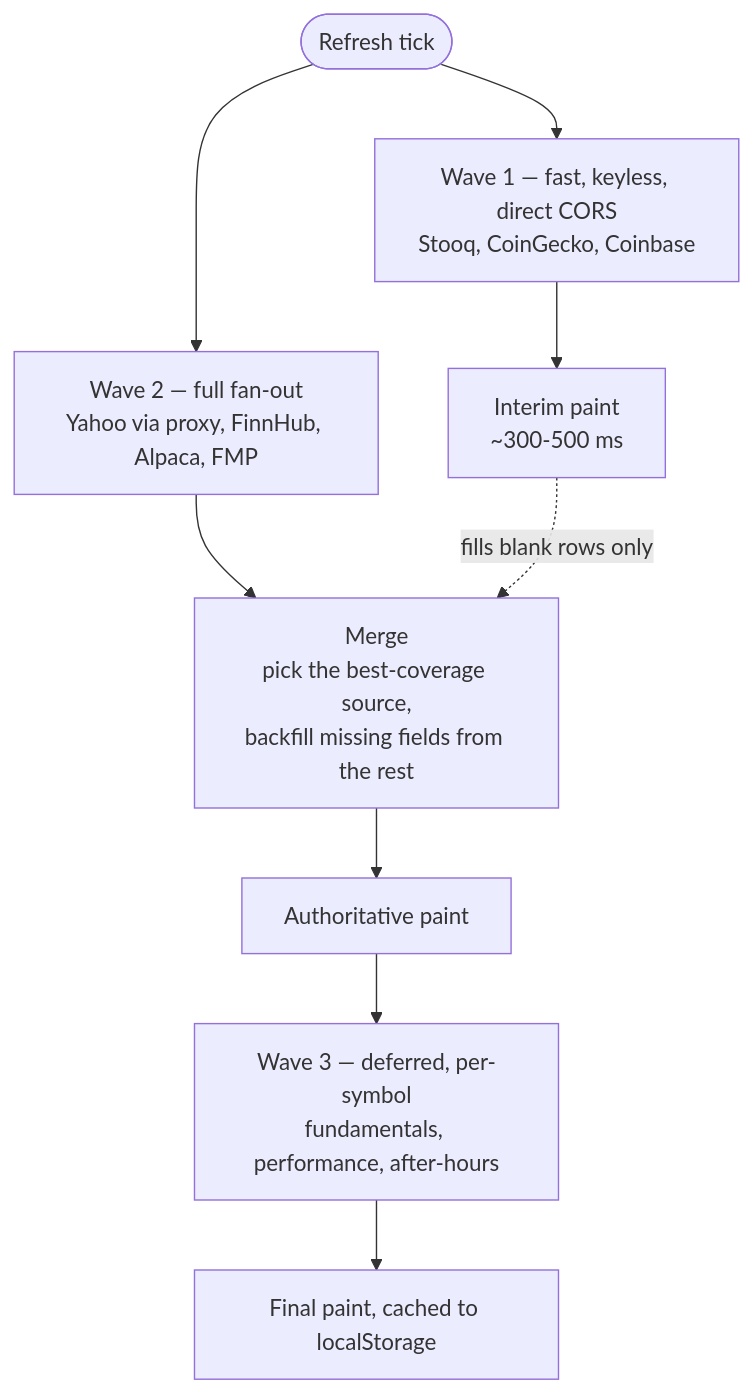
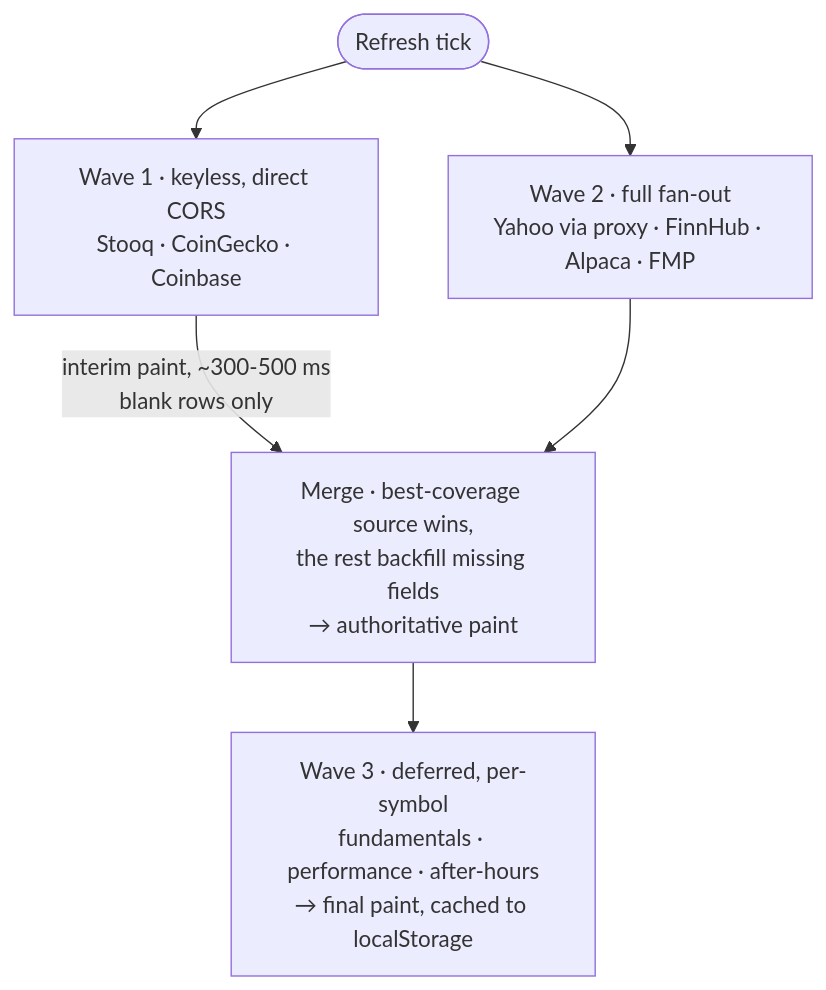
Before and after one commit to gdy/PortfolioTracker: the diagram in README.md, drawn with Mermaid.

Commit message:
Tighten refresh-pipeline diagram
The flowchart rendered 582x1039 on GitHub — over a full viewport of vertical
space before the Features section, from six stacked ranks of three-line nodes.
Collapsed the interim-paint and authoritative-paint beats onto an edge label
and the merge node, taking it to four ranks without dropping any of the flow.

````diff
--- a/README.md
+++ b/README.md
@@ -77,11 +77,8 @@
 ```mermaid
 flowchart TD
-    T([Refresh tick]) --> W1["Wave 1 — fast, keyless, direct CORS<br/>Stooq, CoinGecko, Coinbase"]
-    T --> W2["Wave 2 — full fan-out<br/>Yahoo via proxy, FinnHub, Alpaca, FMP"]
-    W1 --> P1["Interim paint<br/>~300-500 ms"]
-    W2 --> M["Merge<br/>pick the best-coverage source,<br/>backfill missing fields from the rest"]
-    P1 -.->|fills blank rows only| M
-    M --> P2["Authoritative paint"]
-    P2 --> D["Wave 3 — deferred, per-symbol<br/>fundamentals, performance, after-hours"]
-    D --> P3["Final paint, cached to localStorage"]
+    T([Refresh tick]) --> W1["Wave 1 · keyless, direct CORS<br/>Stooq · CoinGecko · Coinbase"]
+    T --> W2["Wave 2 · full fan-out<br/>Yahoo via proxy · FinnHub · Alpaca · FMP"]
+    W1 -->|"interim paint, ~300-500 ms<br/>blank rows only"| M["Merge · best-coverage source wins,<br/>the rest backfill missing fields<br/>→ authoritative paint"]
+    W2 --> M
+    M --> D["Wave 3 · deferred, per-symbol<br/>fundamentals · performance · after-hours<br/>→ final paint, cached to localStorage"]
 ```
````
